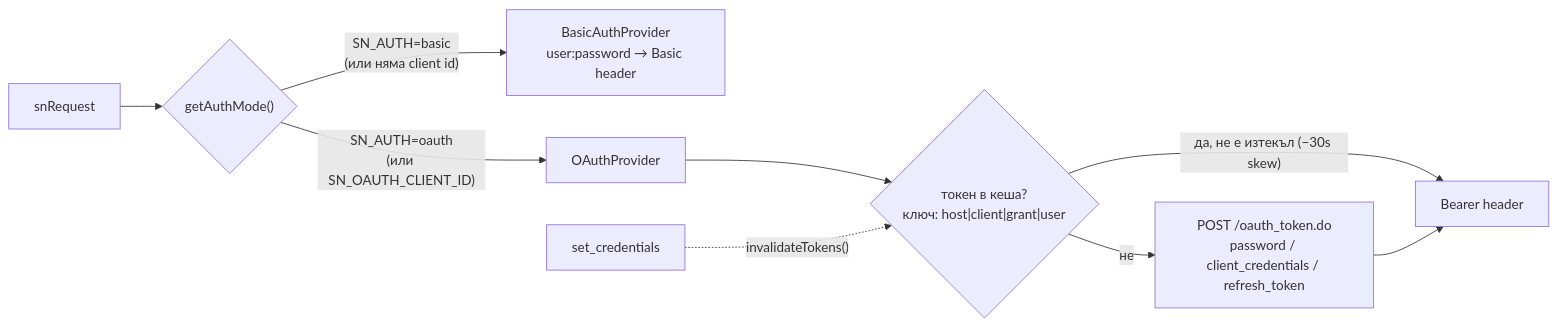
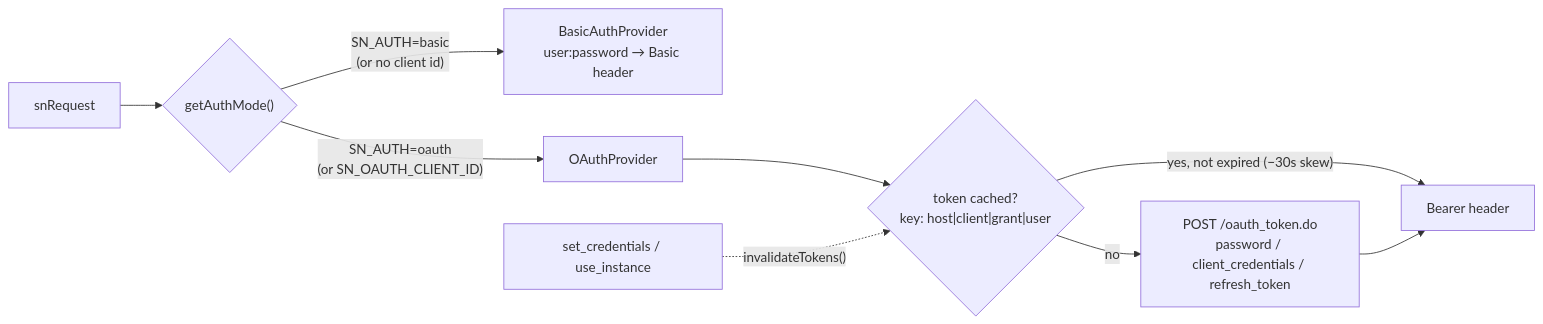
One commit to IvanBBaev/servicenow-mcp-ai changed the fourth of 5 diagrams in ARCHITECTURE.md. Above: the diagram before and after it, drawn with Mermaid. The commit also changed other lines of this file and 4 other files, not shown here.

First line of the commit message:
docs: translate CHANGELOG, TODO, PRODUCT-STATE, ARCHITECTURE, DONE to English

````diff
--- a/ARCHITECTURE.md
+++ b/ARCHITECTURE.md
@@ -144,11 +145,11 @@
 ```mermaid
 flowchart LR
     REQ["snRequest"] --> MODE{"getAuthMode()"}
-    MODE -- "SN_AUTH=basic<br/>(или няма client id)" --> BASIC["BasicAuthProvider<br/>user:password → Basic header"]
-    MODE -- "SN_AUTH=oauth<br/>(или SN_OAUTH_CLIENT_ID)" --> OAUTH["OAuthProvider"]
-    OAUTH --> CACHE{"токен в кеша?<br/>ключ: host|client|grant|user"}
-    CACHE -- "да, не е изтекъл (−30s skew)" --> BEARER["Bearer header"]
-    CACHE -- не --> TOK["POST /oauth_token.do<br/>password / client_credentials / refresh_token"]
+    MODE -- "SN_AUTH=basic<br/>(or no client id)" --> BASIC["BasicAuthProvider<br/>user:password → Basic header"]
+    MODE -- "SN_AUTH=oauth<br/>(or SN_OAUTH_CLIENT_ID)" --> OAUTH["OAuthProvider"]
+    OAUTH --> CACHE{"token cached?<br/>key: host|client|grant|user"}
+    CACHE -- "yes, not expired (−30s skew)" --> BEARER["Bearer header"]
+    CACHE -- no --> TOK["POST /oauth_token.do<br/>password / client_credentials / refresh_token"]
     TOK --> BEARER
-    SETCRED["set_credentials"] -. "invalidateTokens()" .-> CACHE
+    SETCRED["set_credentials / use_instance"] -. "invalidateTokens()" .-> CACHE
 ```
````
